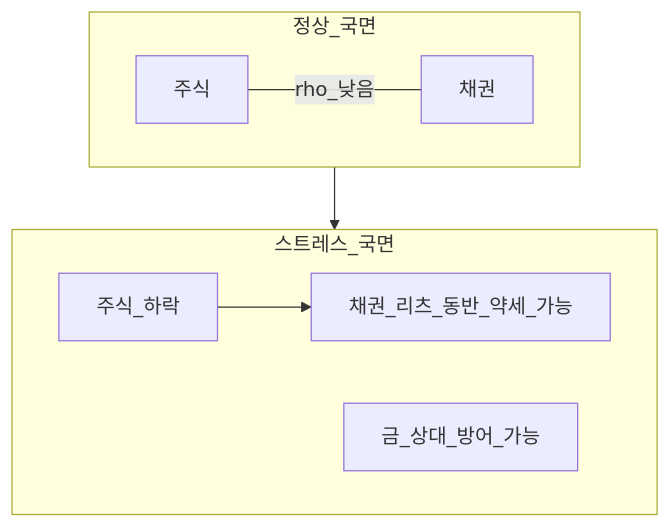
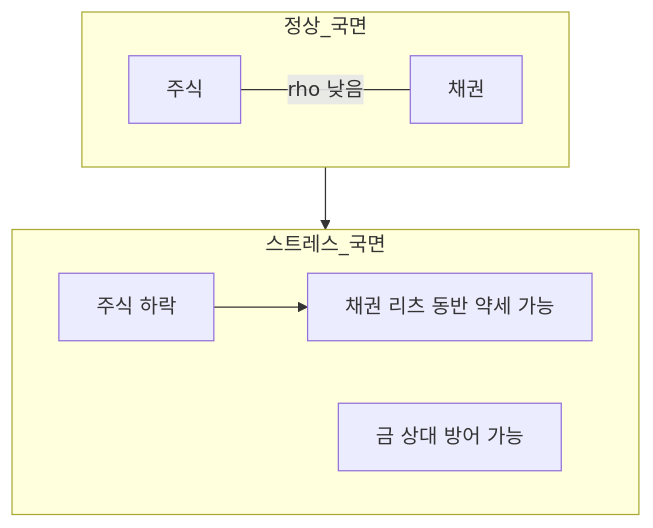
The fifth of 6 diagrams in 03-markets/alternatives-reits-commodities.md (goldanghenry/Finances), drawn with Mermaid before and after one commit. The commit also changed other lines of this file and 211 other files, not shown here.

````diff
--- a/03-markets/alternatives-reits-commodities.md
+++ b/03-markets/alternatives-reits-commodities.md
@@ -277,11 +284,11 @@
 ```mermaid
 flowchart TB
   subgraph normal [정상_국면]
-    S1[주식] ---|rho_낮음| B1[채권]
+    S1[주식] ---|"rho 낮음"| B1[채권]
   end
   subgraph stress [스트레스_국면]
-    S2[주식_하락] --> Both[채권_리츠_동반_약세_가능]
-    G2[금_상대_방어_가능]
+    S2["주식 하락"] --> Both["채권 리츠 동반 약세 가능"]
+    G2["금 상대 방어 가능"]
   end
   normal --> stress
 ```
````
